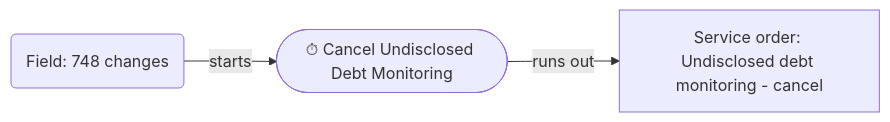
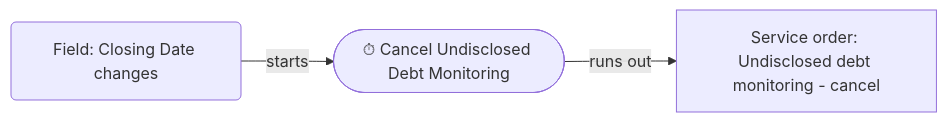
Diagram 12 of 24 in docs/RULES_MAP.md (NewAige/mortgage-tasks), drawn with Mermaid before and after one commit. The commit also changed other lines of this file and 4 other files, not shown here.

````diff
--- a/docs/RULES_MAP.md
+++ b/docs/RULES_MAP.md
@@ -826,10 +826,10 @@
 ```mermaid
 flowchart LR
     n1(["⏱ Cancel Undisclosed Debt Monitoring"])
-    n2("Field: 748 changes")
+    n2("Field: Closing Date changes")
     n3["Service order: Undisclosed debt monitoring - cancel"]
     n2 -->|"starts"| n1
     n1 -->|"runs out"| n3
     classDef stub stroke-dasharray: 4 3
     classDef gap stroke-dasharray: 2 4
 ```
````
